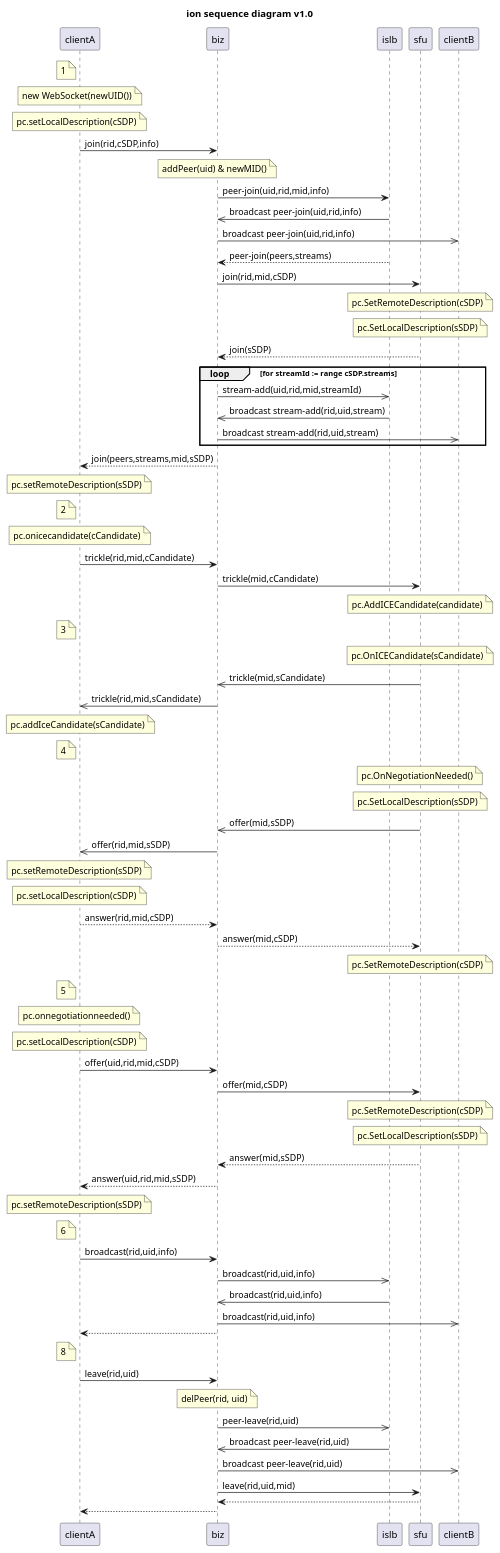
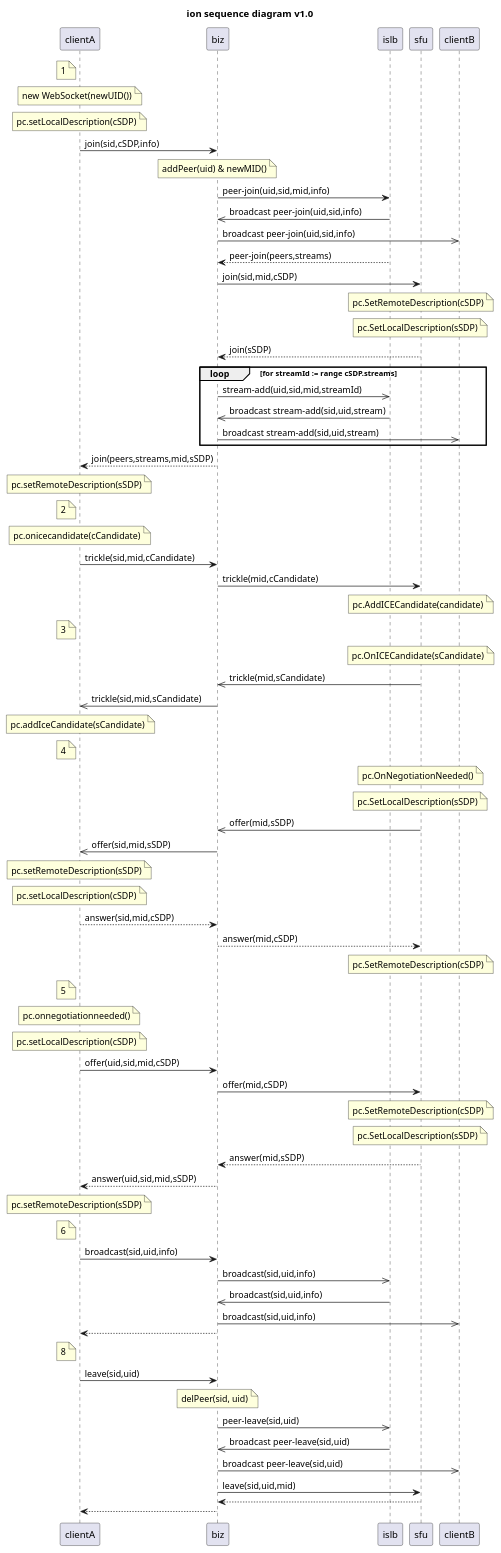
The diagram in docs/dev/sequence.puml (ionorg/ion), drawn with PlantUML before and after one commit. The commit also changed 19 other files, not shown here.

Commit message:
refactor: sid instead of rid

```diff
--- a/docs/dev/sequence.puml
+++ b/docs/dev/sequence.puml
@@ -2,83 +2,83 @@
 @startuml ion-sequence
 
 Title: ion sequence diagram v1.0
 
 participant clientA
 participant biz
 participant islb
 participant sfu
 participant clientB
 
 Note left of clientA: 1
 Note over clientA: new WebSocket(newUID()) 
 Note over clientA: pc.setLocalDescription(cSDP)
-clientA->biz: join(rid,cSDP,info)
+clientA->biz: join(sid,cSDP,info)
 Note over biz: addPeer(uid) & newMID()
-biz->islb: peer-join(uid,rid,mid,info)
-islb->>biz: broadcast peer-join(uid,rid,info)
-biz->>clientB: broadcast peer-join(uid,rid,info)
+biz->islb: peer-join(uid,sid,mid,info)
+islb->>biz: broadcast peer-join(uid,sid,info)
+biz->>clientB: broadcast peer-join(uid,sid,info)
 islb-->biz: peer-join(peers,streams)
-biz->sfu: join(rid,mid,cSDP)
+biz->sfu: join(sid,mid,cSDP)
 Note over sfu: pc.SetRemoteDescription(cSDP)
 Note over sfu: pc.SetLocalDescription(sSDP)
 sfu-->biz: join(sSDP)
 loop for streamId := range cSDP.streams
-    biz->>islb: stream-add(uid,rid,mid,streamId)
-    islb->>biz: broadcast stream-add(rid,uid,stream)
-    biz->>clientB: broadcast stream-add(rid,uid,stream)
+    biz->>islb: stream-add(uid,sid,mid,streamId)
+    islb->>biz: broadcast stream-add(sid,uid,stream)
+    biz->>clientB: broadcast stream-add(sid,uid,stream)
 end
 biz-->clientA: join(peers,streams,mid,sSDP)
 Note over clientA: pc.setRemoteDescription(sSDP)
 
 Note left of clientA: 2
 Note over clientA: pc.onicecandidate(cCandidate)
-clientA->biz: trickle(rid,mid,cCandidate)
+clientA->biz: trickle(sid,mid,cCandidate)
 biz->sfu: trickle(mid,cCandidate)
 Note over sfu: pc.AddICECandidate(candidate)
 
 Note left of clientA: 3
 Note over sfu: pc.OnICECandidate(sCandidate)
 sfu->>biz: trickle(mid,sCandidate)
-biz->>clientA: trickle(rid,mid,sCandidate)
+biz->>clientA: trickle(sid,mid,sCandidate)
 Note over clientA: pc.addIceCandidate(sCandidate)
 
 Note left of clientA: 4
 Note over sfu: pc.OnNegotiationNeeded()
 Note over sfu: pc.SetLocalDescription(sSDP)
 sfu->>biz: offer(mid,sSDP)
-biz->>clientA: offer(rid,mid,sSDP)
+biz->>clientA: offer(sid,mid,sSDP)
 Note over clientA: pc.setRemoteDescription(sSDP)
 Note over clientA: pc.setLocalDescription(cSDP)
-clientA-->biz: answer(rid,mid,cSDP)
+clientA-->biz: answer(sid,mid,cSDP)
 biz-->sfu: answer(mid,cSDP)
 Note over sfu: pc.SetRemoteDescription(cSDP)
 
 Note left of clientA: 5
 Note over clientA: pc.onnegotiationneeded()
 Note over clientA: pc.setLocalDescription(cSDP)
-clientA->biz: offer(uid,rid,mid,cSDP)
+clientA->biz: offer(uid,sid,mid,cSDP)
 biz->sfu: offer(mid,cSDP)
 Note over sfu: pc.SetRemoteDescription(cSDP)
 Note over sfu: pc.SetLocalDescription(sSDP)
 sfu-->biz: answer(mid,sSDP)
-biz-->clientA: answer(uid,rid,mid,sSDP)
+biz-->clientA: answer(uid,sid,mid,sSDP)
 Note over clientA: pc.setRemoteDescription(sSDP)
 
 Note left of clientA: 6
-clientA->biz: broadcast(rid,uid,info)
-biz->>islb: broadcast(rid,uid,info)
-islb->>biz: broadcast(rid,uid,info)
-biz->>clientB: broadcast(rid,uid,info)
+clientA->biz: broadcast(sid,uid,info)
+biz->>islb: broadcast(sid,uid,info)
+islb->>biz: broadcast(sid,uid,info)
+biz->>clientB: broadcast(sid,uid,info)
 biz-->clientA:
 
 Note left of clientA: 8
-clientA->biz: leave(rid,uid)
-Note over biz: delPeer(rid, uid)
-biz->>islb: peer-leave(rid,uid)
-islb->>biz: broadcast peer-leave(rid,uid)
-biz->>clientB: broadcast peer-leave(rid,uid)
-biz->sfu: leave(rid,uid,mid)
+clientA->biz: leave(sid,uid)
+Note over biz: delPeer(sid, uid)
+biz->>islb: peer-leave(sid,uid)
+islb->>biz: broadcast peer-leave(sid,uid)
+biz->>clientB: broadcast peer-leave(sid,uid)
+biz->sfu: leave(sid,uid,mid)
 sfu-->biz:
 biz-->clientA:
 
 @enduml
```
